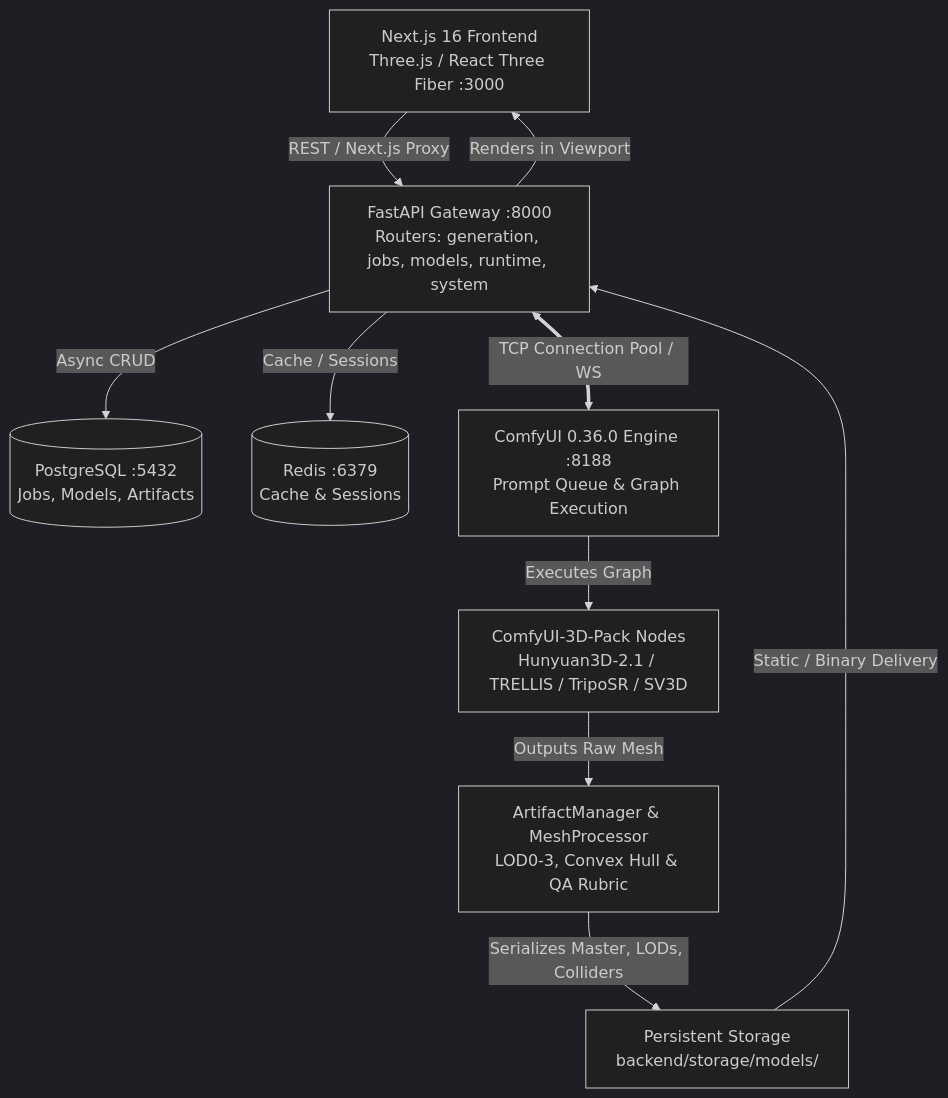
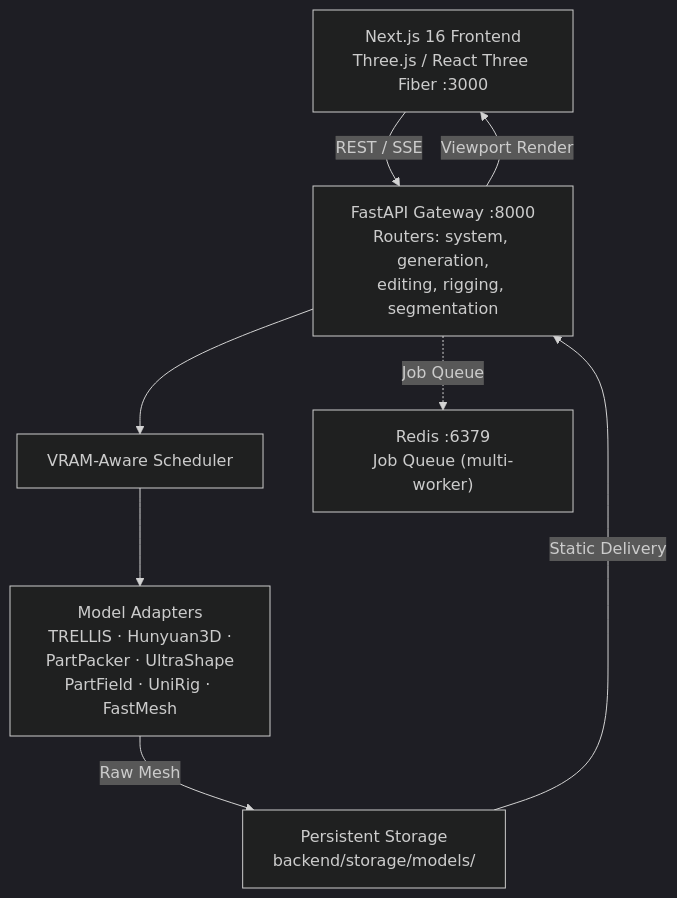
Before and after one commit to Silentzx2/AI_Studio: the first of 2 diagrams in Docs/SYSTEM-BLUEPRINT.md, drawn with Mermaid (dark theme). The commit also changed other lines of this file and 13 other files, not shown here.

First line of the commit message:
feat: rewrite all documentation with premium Mermaid diagrams and accurate architecture

````diff
--- a/Docs/SYSTEM-BLUEPRINT.md
+++ b/Docs/SYSTEM-BLUEPRINT.md
@@ -21,21 +21,18 @@
 ```mermaid
 graph TD
     UI["Next.js 16 Frontend<br/>Three.js / React Three Fiber :3000"]
-    API["FastAPI Gateway :8000<br/>Routers: generation, jobs, models, runtime, system"]
-    PG[("PostgreSQL :5432<br/>Jobs, Models, Artifacts")]
-    REDIS[("Redis :6379<br/>Cache & Sessions")]
-    COMFY["ComfyUI 0.36.0 Engine :8188<br/>Prompt Queue & Graph Execution"]
-    PACK["ComfyUI-3D-Pack Nodes<br/>Hunyuan3D-2.1 / TRELLIS / TripoSR / SV3D"]
-    PROC["ArtifactManager & MeshProcessor<br/>LOD0-3, Convex Hull & QA Rubric"]
+    API["FastAPI Gateway :8000<br/>Routers: system, generation,<br/>editing, rigging, segmentation"]
+    SCHED["VRAM-Aware Scheduler"]
+    ADAPTERS["Model Adapters<br/>TRELLIS · Hunyuan3D ·<br/>PartPacker · UltraShape<br/>PartField · UniRig · FastMesh"]
+    REDIS["Redis :6379<br/>Job Queue (multi-worker)"]
     STORAGE["Persistent Storage<br/>backend/storage/models/<job_id>"]
 
-    UI -->|REST / Next.js Proxy| API
-    API -->|Async CRUD| PG
-    API -->|Cache / Sessions| REDIS
-    API <==>|TCP Connection Pool / WS| COMFY
-    COMFY -->|Executes Graph| PACK
-    PACK -->|Outputs Raw Mesh| PROC
-    PROC -->|Serializes Master, LODs, Colliders| STORAGE
-    STORAGE -->|Static / Binary Delivery| API
-    API -->|Renders in Viewport| UI
+    UI -->|REST / SSE| API
+    API --> SCHED
+    SCHED --> ADAPTERS
+    ADAPTERS -->|Raw Mesh| STORAGE
+    STORAGE -->|Static Delivery| API
+    API -->|Viewport Render| UI
+
+    API -.->|Job Queue| REDIS
 ```
````
